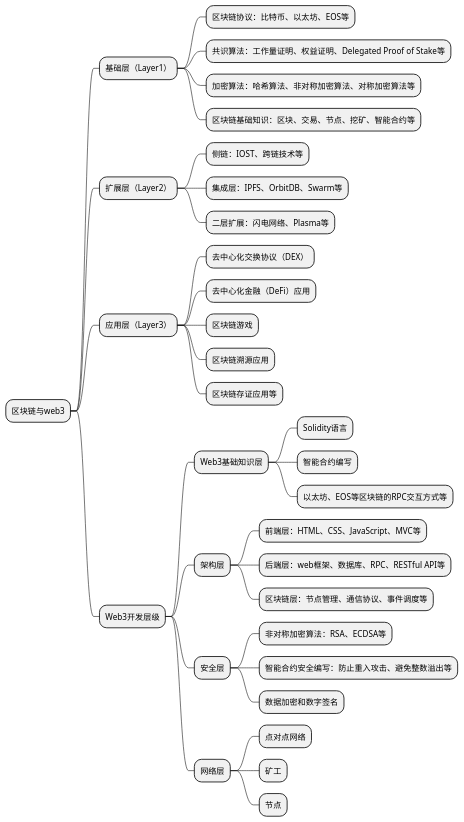
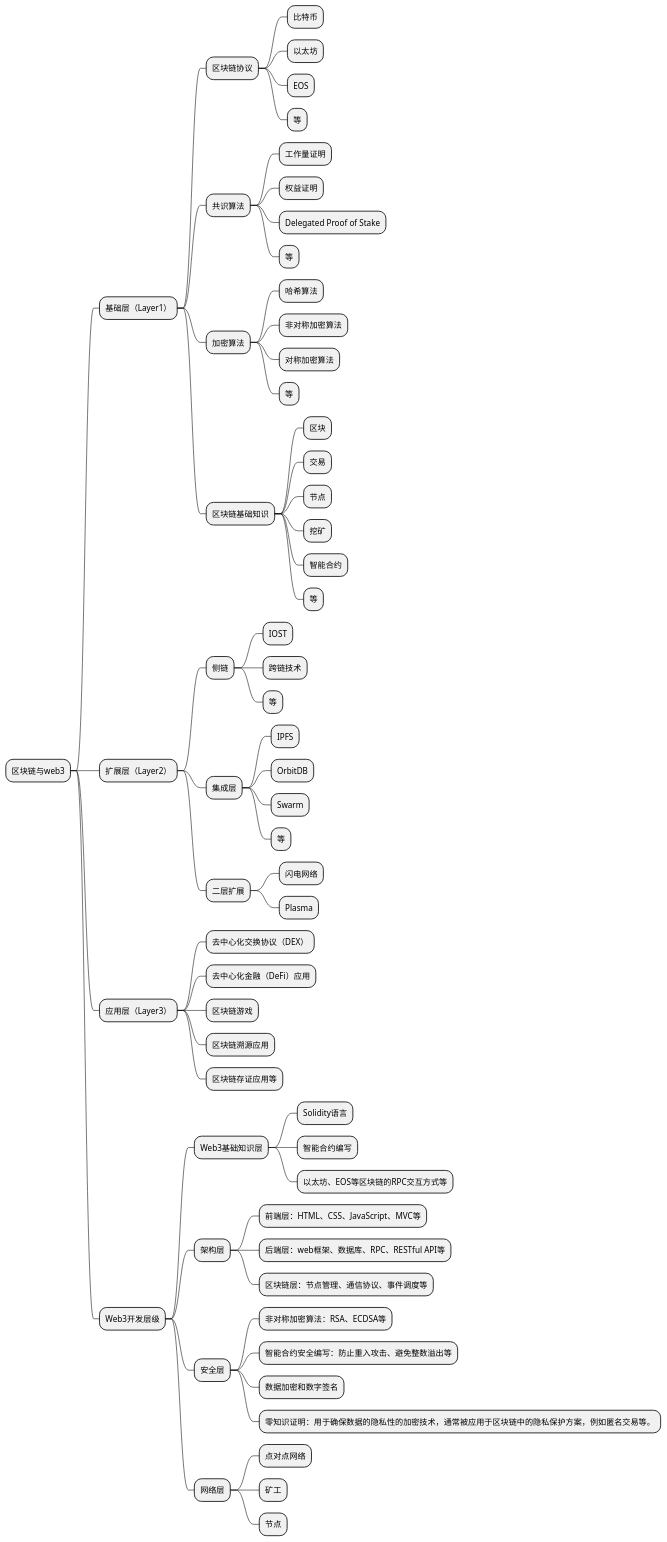
One commit to KuanHsiaoKuo/think-tool-kit changed the diagram in src/collections/puml/rust/ddd/web3/web3_galaxy.puml. Above: the diagram before and after it, drawn with PlantUML. The commit also changed 10 other files, not shown here.

```diff
--- a/src/collections/puml/rust/ddd/web3/web3_galaxy.puml
+++ b/src/collections/puml/rust/ddd/web3/web3_galaxy.puml
@@ -1,38 +1,66 @@
 @startmindmap
 * 区块链与web3
 ** 基础层（Layer1）
-*** 区块链协议：比特币、以太坊、EOS等
-*** 共识算法：工作量证明、权益证明、Delegated Proof of Stake等
-*** 加密算法：哈希算法、非对称加密算法、对称加密算法等
-*** 区块链基础知识：区块、交易、节点、挖矿、智能合约等
+*** 区块链协议
+**** 比特币
+**** 以太坊
+**** EOS
+**** 等
+*** 共识算法
+**** 工作量证明
+**** 权益证明
+**** Delegated Proof of Stake
+**** 等
+*** 加密算法
+**** 哈希算法
+**** 非对称加密算法
+**** 对称加密算法
+**** 等
+*** 区块链基础知识
+**** 区块
+**** 交易
+**** 节点
+**** 挖矿
+**** 智能合约
+**** 等
 
 ** 扩展层（Layer2）
-*** 侧链：IOST、跨链技术等
-*** 集成层：IPFS、OrbitDB、Swarm等
-*** 二层扩展：闪电网络、Plasma等
+*** 侧链
+**** IOST
+**** 跨链技术
+**** 等
+*** 集成层
+**** IPFS
+**** OrbitDB
+**** Swarm
+**** 等
+*** 二层扩展
+**** 闪电网络
+**** Plasma
 
 ** 应用层（Layer3）
 *** 去中心化交换协议（DEX）
 *** 去中心化金融（DeFi）应用
 *** 区块链游戏
 *** 区块链溯源应用
 *** 区块链存证应用等
 
 ** Web3开发层级
 *** Web3基础知识层
 **** Solidity语言
 **** 智能合约编写
 **** 以太坊、EOS等区块链的RPC交互方式等
 *** 架构层
 **** 前端层：HTML、CSS、JavaScript、MVC等
 **** 后端层：web框架、数据库、RPC、RESTful API等
 **** 区块链层：节点管理、通信协议、事件调度等
 *** 安全层
 **** 非对称加密算法：RSA、ECDSA等
 **** 智能合约安全编写：防止重入攻击、避免整数溢出等
 **** 数据加密和数字签名
+**** 零知识证明：用于确保数据的隐私性的加密技术，通常被应用于区块链中的隐私保护方案，例如匿名交易等。
 *** 网络层
 **** 点对点网络
 **** 矿工
 **** 节点
 @endmindmap
```
